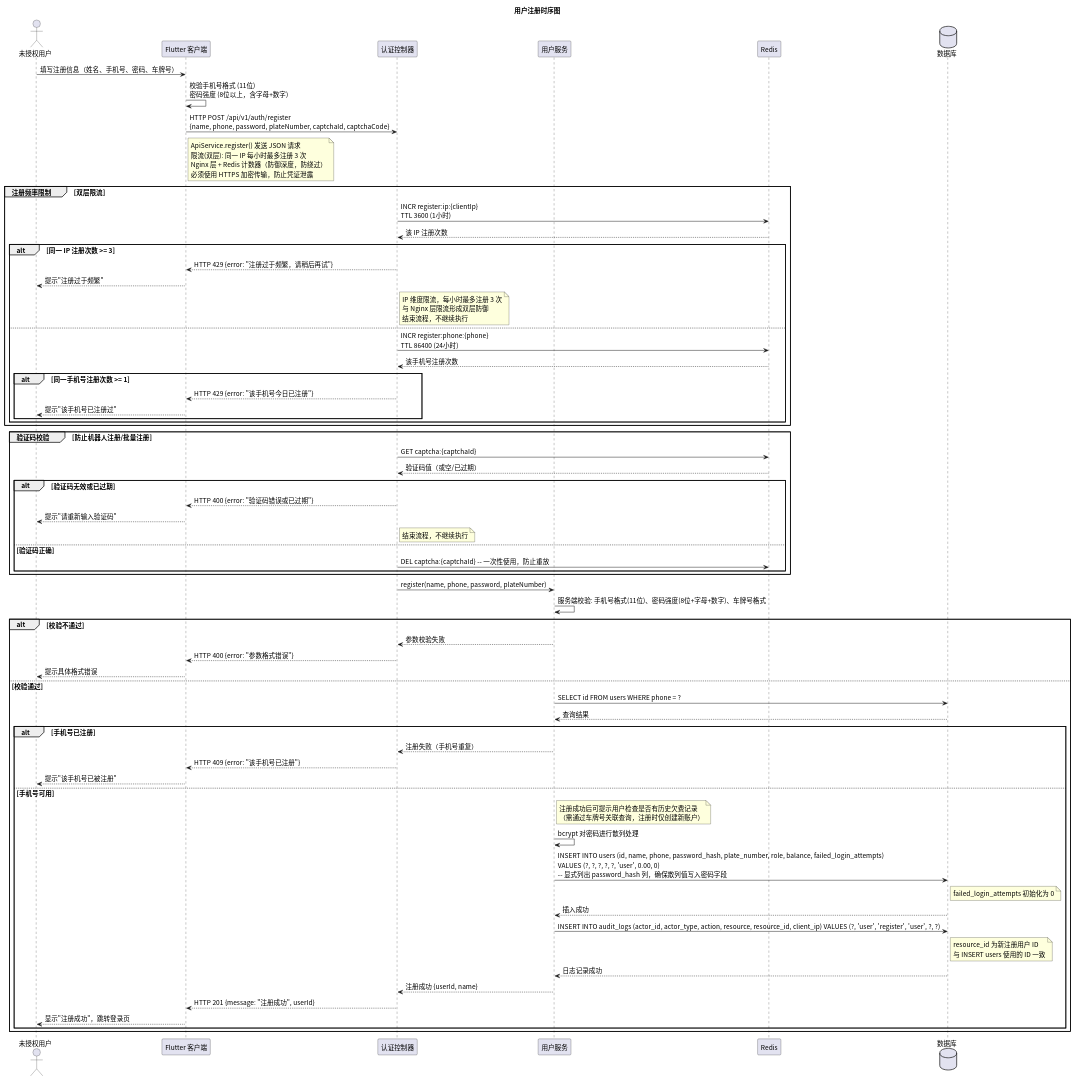
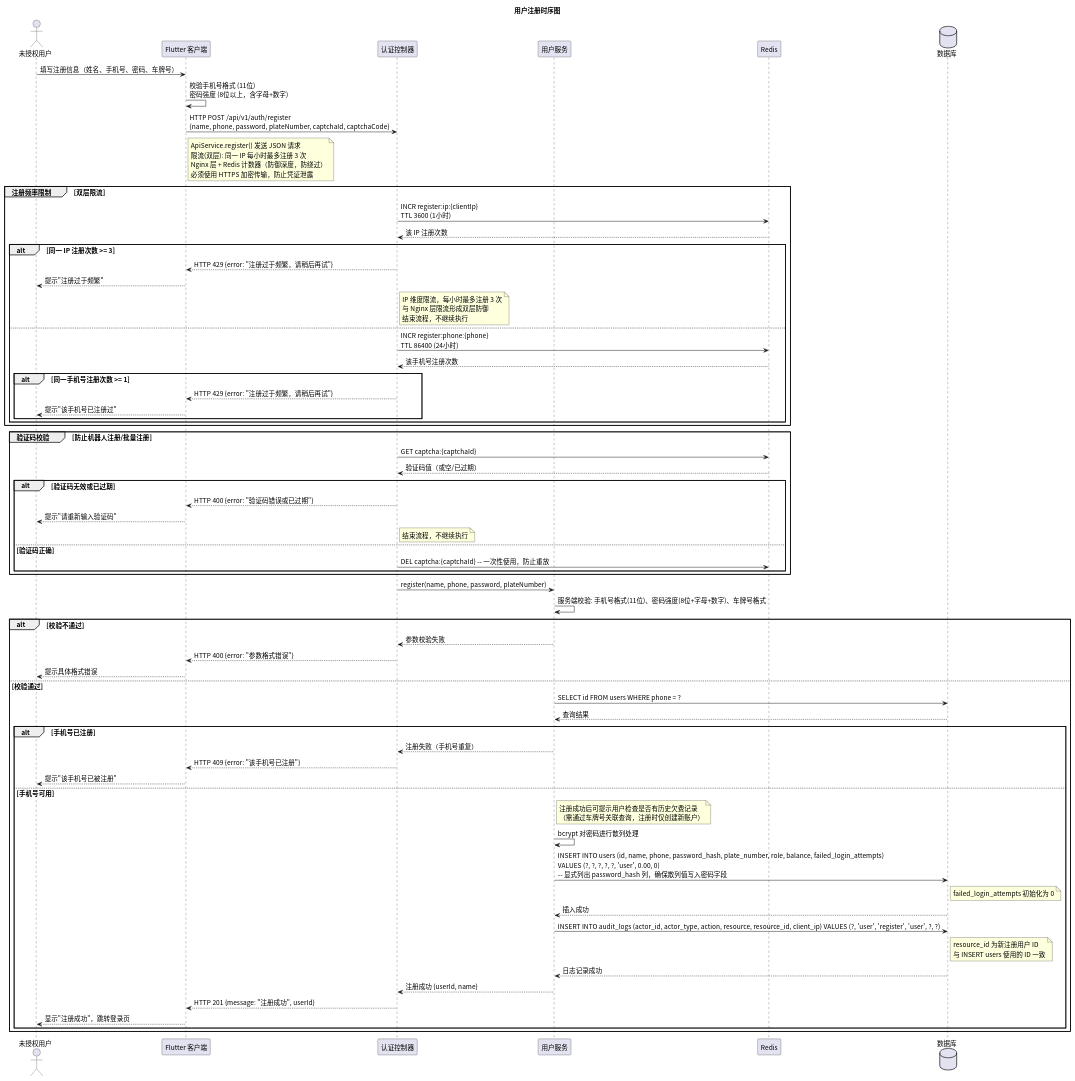
The diagram in time/src/sequence_register.puml (greenhandzdl/charging-station-doc), drawn with PlantUML before and after one commit. The commit also changed 12 other files, not shown here.

```diff
--- a/time/src/sequence_register.puml
+++ b/time/src/sequence_register.puml
@@ -1,80 +1,80 @@
 @startuml
 skinparam defaultFontName "Noto Sans CJK SC"
 skinparam defaultFontSize 14
 title 用户注册时序图
 
 ' 所有 SQL 操作使用 PreparedStatement 参数绑定，禁止字符串拼接
 actor 未授权用户 as U
 participant "Flutter 客户端" as FE
 participant "认证控制器" as Ctrl
 participant "用户服务" as US
 participant "Redis" as Cache
 database 数据库 as DB
 
 U -> FE: 填写注册信息（姓名、手机号、密码、车牌号）
 FE -> FE: 校验手机号格式 (11位)\n密码强度 (8位以上，含字母+数字)
 FE -> Ctrl: HTTP POST /api/v1/auth/register\n{name, phone, password, plateNumber, captchaId, captchaCode}
 note right FE : ApiService.register() 发送 JSON 请求\n限流(双层): 同一 IP 每小时最多注册 3 次\nNginx 层 + Redis 计数器（防御深度，防绕过）\n必须使用 HTTPS 加密传输，防止凭证泄露
 
 
 group 注册频率限制 [双层限流]
   Ctrl -> Cache: INCR register:ip:{clientIp}\nTTL 3600 (1小时)
   Cache --> Ctrl: 该 IP 注册次数
 
   alt 同一 IP 注册次数 >= 3
     Ctrl --> FE: HTTP 429 {error: "注册过于频繁，请稍后再试"}
     FE --> U: 提示"注册过于频繁"
     note right Ctrl : IP 维度限流，每小时最多注册 3 次\n与 Nginx 层限流形成双层防御\n结束流程，不继续执行
   else
     Ctrl -> Cache: INCR register:phone:{phone}\nTTL 86400 (24小时)
     Cache --> Ctrl: 该手机号注册次数
     alt 同一手机号注册次数 >= 1
-      Ctrl --> FE: HTTP 429 {error: "该手机号今日已注册"}
+      Ctrl --> FE: HTTP 429 {error: "注册过于频繁，请稍后再试"}
       FE --> U: 提示"该手机号已注册过"
     end
   end
 end
 
 group 验证码校验 [防止机器人注册/批量注册]
   Ctrl -> Cache: GET captcha:{captchaId}
   Cache --> Ctrl: 验证码值（或空/已过期）
 
   alt 验证码无效或已过期
     Ctrl --> FE: HTTP 400 {error: "验证码错误或已过期"}
     FE --> U: 提示"请重新输入验证码"
     note right Ctrl : 结束流程，不继续执行
   else 验证码正确
     Ctrl -> Cache: DEL captcha:{captchaId} -- 一次性使用，防止重放
   end
 end
 
 Ctrl -> US: register(name, phone, password, plateNumber)
 US -> US: 服务端校验: 手机号格式(11位)、密码强度(8位+字母+数字)、车牌号格式
 
 alt 校验不通过
   US --> Ctrl: 参数校验失败
   Ctrl --> FE: HTTP 400 {error: "参数格式错误"}
   FE --> U: 提示具体格式错误
 else 校验通过
   US -> DB: SELECT id FROM users WHERE phone = ?
   DB --> US: 查询结果
 
   alt 手机号已注册
     US --> Ctrl: 注册失败（手机号重复）
     Ctrl --> FE: HTTP 409 {error: "该手机号已注册"}
     FE --> U: 提示"该手机号已被注册"
   else 手机号可用
     note right US : 注册成功后可提示用户检查是否有历史欠费记录\n（需通过车牌号关联查询，注册时仅创建新账户）
     US -> US: bcrypt 对密码进行散列处理
     US -> DB: INSERT INTO users (id, name, phone, password_hash, plate_number, role, balance, failed_login_attempts)\nVALUES (?, ?, ?, ?, ?, 'user', 0.00, 0)\n-- 显式列出 password_hash 列，确保散列值写入密码字段
     note right DB : failed_login_attempts 初始化为 0
     DB --> US: 插入成功
     US -> DB: INSERT INTO audit_logs (actor_id, actor_type, action, resource, resource_id, client_ip) VALUES (?, 'user', 'register', 'user', ?, ?)
     note right DB : resource_id 为新注册用户 ID\n与 INSERT users 使用的 ID 一致
     DB --> US: 日志记录成功
     US --> Ctrl: 注册成功 {userId, name}
     Ctrl --> FE: HTTP 201 {message: "注册成功", userId}
     FE --> U: 显示"注册成功"，跳转登录页
   end
 end
 @enduml
```
